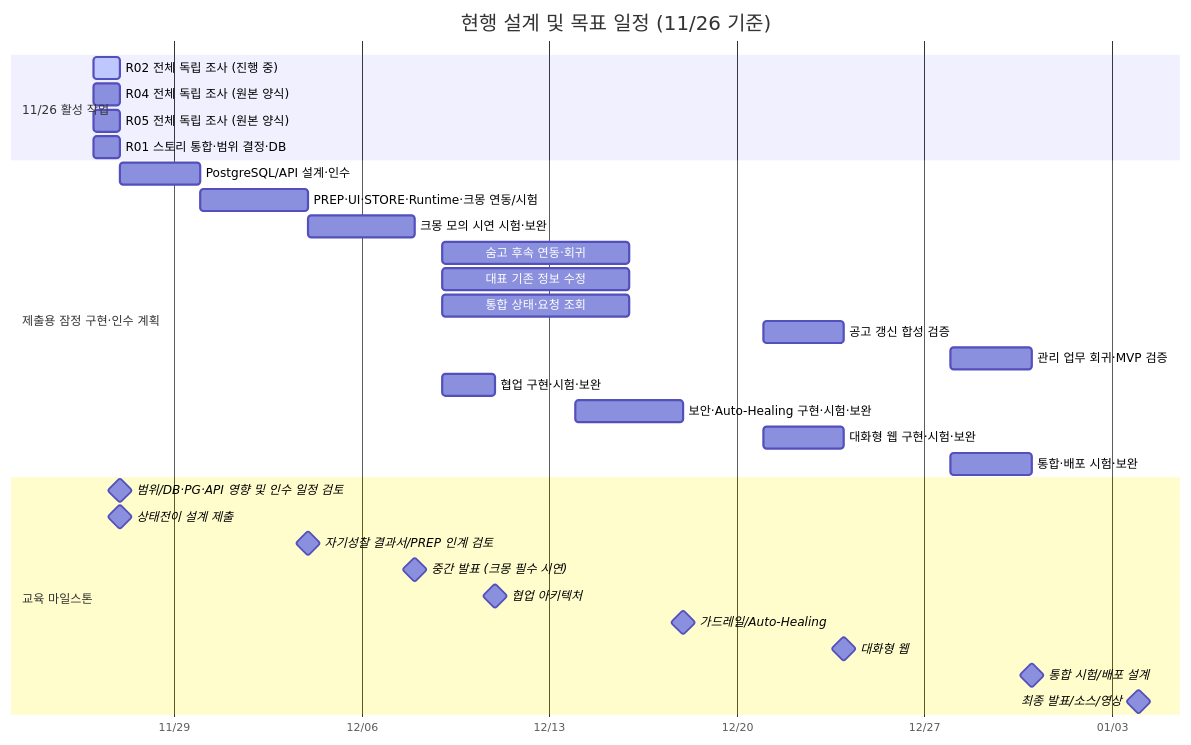
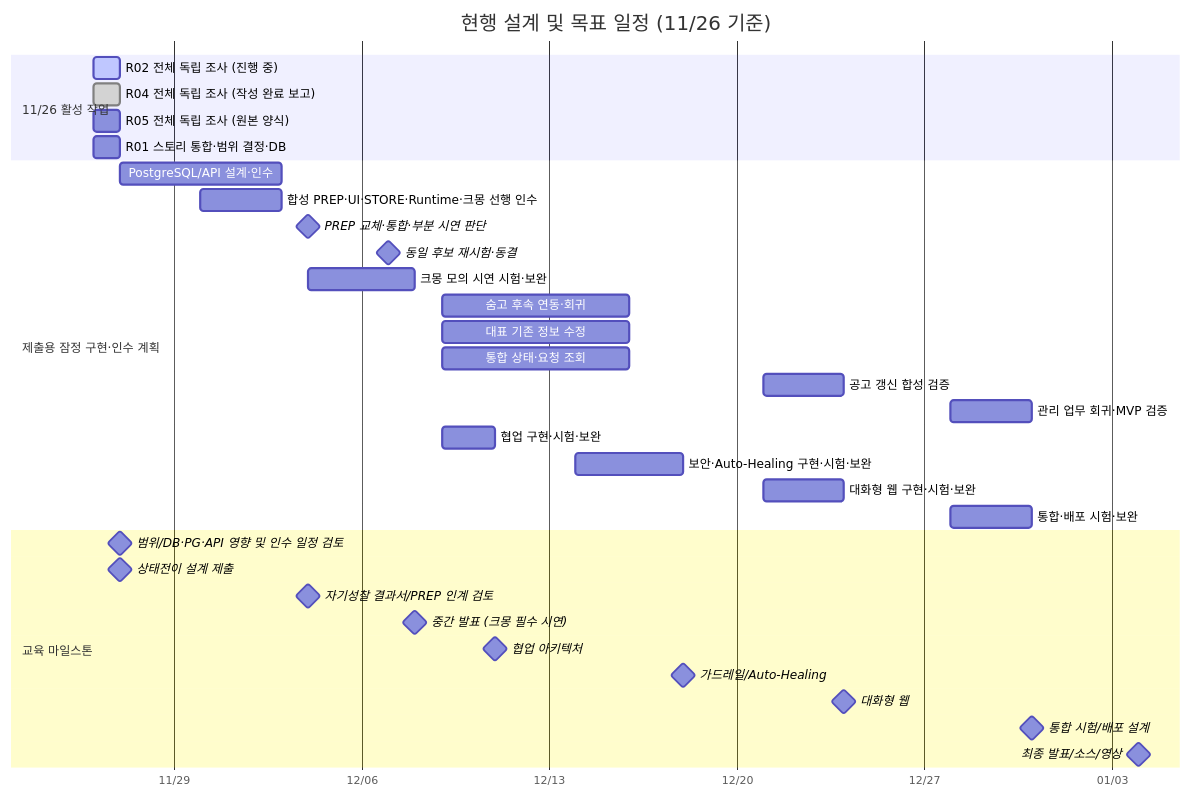
The diagram in docs/step1/WBS_제출본.md (ik-e/chaja-you), drawn with Mermaid before and after one commit. The commit also changed other lines of this file and 10 other files, not shown here.

Commit message:
docs: address second instructor review and prepare independent PostgreSQL checks

````diff
--- a/docs/step1/WBS_제출본.md
+++ b/docs/step1/WBS_제출본.md
@@ -8,34 +8,36 @@
 ```mermaid
 gantt
  title 현행 설계 및 목표 일정 (11/26 기준)
  dateFormat YYYY-MM-DD
  axisFormat %m/%d
  section 11/26 활성 작업
  R02 전체 독립 조사 (진행 중) :active, t55, 2026-11-26, 1d
- R04 전체 독립 조사 (원본 양식) :t56, 2026-11-26, 1d
+ R04 전체 독립 조사 (작성 완료 보고) :done, t56, 2026-11-26, 1d
  R05 전체 독립 조사 (원본 양식) :t57, 2026-11-26, 1d
  R01 스토리 통합·범위 결정·DB :t58, 2026-11-26, 1d
  section 제출용 잠정 구현·인수 계획
- PostgreSQL/API 설계·인수 :p1, 2026-11-27, 2026-11-30
- PREP·UI·STORE·Runtime·크몽 연동/시험 :p2, 2026-11-30, 2026-12-04
+ PostgreSQL/API 설계·인수 :p1, 2026-11-27, 2026-12-03
+ 합성 PREP·UI·STORE·Runtime·크몽 선행 인수 :p2, 2026-11-30, 2026-12-03
+ PREP 교체·통합·부분 시연 판단 :milestone, p2b, 2026-12-04, 0d
+ 동일 후보 재시험·동결 :milestone, p2c, 2026-12-07, 0d
  크몽 모의 시연 시험·보완 :p3, 2026-12-04, 2026-12-08
  숨고 후속 연동·회귀 :p4, 2026-12-09, 2026-12-16
  대표 기존 정보 수정 :mg1, 2026-12-09, 2026-12-16
  통합 상태·요청 조회 :mg2, 2026-12-09, 2026-12-16
  공고 갱신 합성 검증 :mg3, 2026-12-21, 2026-12-24
  관리 업무 회귀·MVP 검증 :mg4, 2026-12-28, 2026-12-31
  협업 구현·시험·보완 :p5, 2026-12-09, 2026-12-11
  보안·Auto-Healing 구현·시험·보완 :p6, 2026-12-14, 2026-12-18
  대화형 웹 구현·시험·보완 :p7, 2026-12-21, 2026-12-24
  통합·배포 시험·보완 :p8, 2026-12-28, 2026-12-31
  section 교육 마일스톤
  범위/DB·PG·API 영향 및 인수 일정 검토 :milestone, m0, 2026-11-27, 0d
  상태전이 설계 제출 :milestone, m1, 2026-11-27, 0d
  자기성찰 결과서/PREP 인계 검토 :milestone, m2, 2026-12-04, 0d
  중간 발표 (크몽 필수 시연) :milestone, m3, 2026-12-08, 0d
  협업 아키텍처 :milestone, m4, 2026-12-11, 0d
  가드레일/Auto-Healing :milestone, m5, 2026-12-18, 0d
  대화형 웹 :milestone, m6, 2026-12-24, 0d
  통합 시험/배포 설계 :milestone, m7, 2026-12-31, 0d
  최종 발표/소스/영상 :milestone, m8, 2027-01-04, 0d
 ```
````
